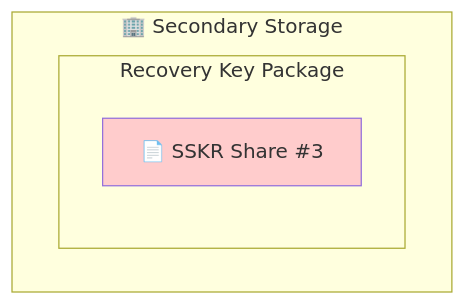
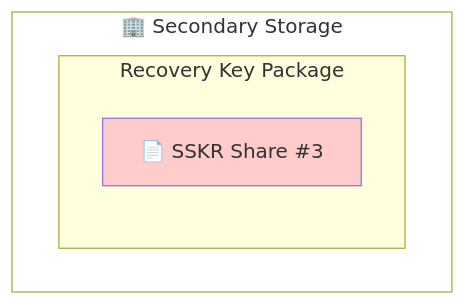
One commit to BlockchainCommons/SmartCustody changed diagram 17 of 26 in Docs/Scenario-Multisig.md. Above: the diagram before and after it, drawn with Mermaid. The commit also changed other lines of this file, not shown here.

````diff
--- a/Docs/Scenario-Multisig.md
+++ b/Docs/Scenario-Multisig.md
@@ -579,9 +580,10 @@
     ```mermaid
     graph TD;
     subgraph secondary ["🏢 Secondary Storage"]
       subgraph "Recovery Key Package"
       D["📄 SSKR Share #3"]
       end
     end        
+    style secondary fill:#ffffff;
     style D fill:#ffcccc;
     ```
````
